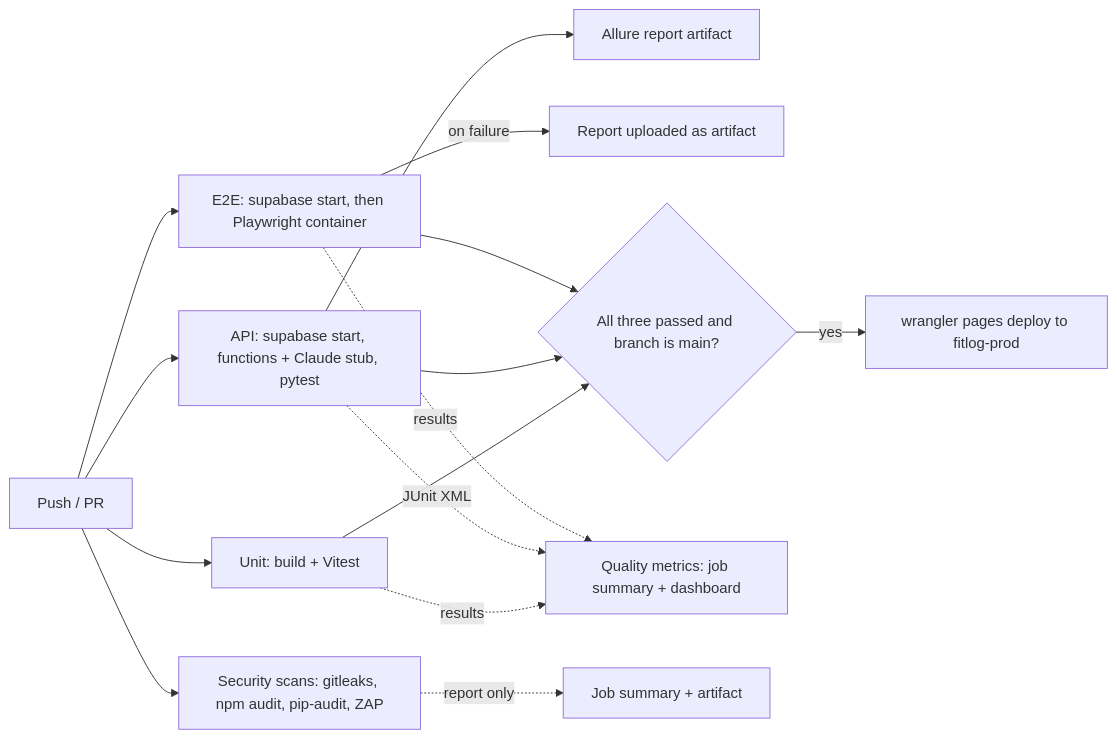
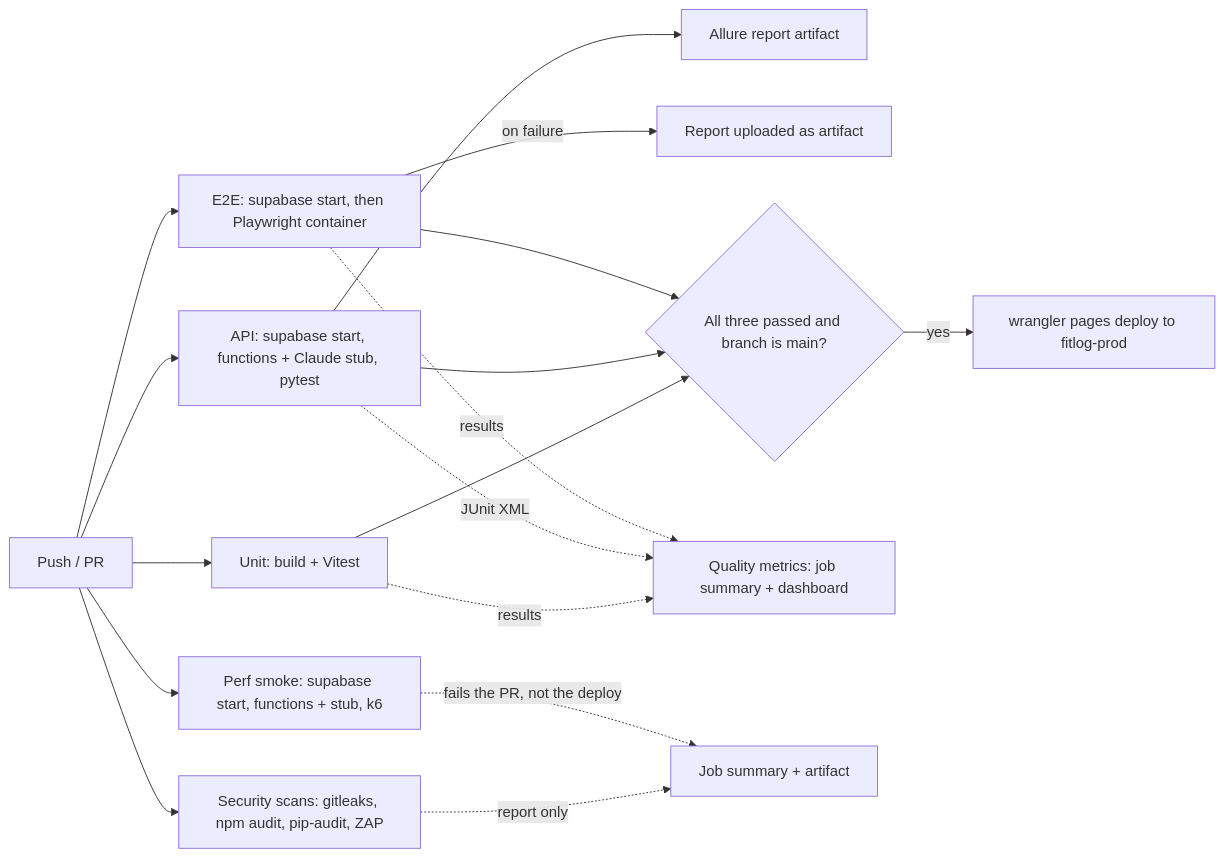
The second of 2 diagrams in README.md (kakaul94-prof/FitLog), drawn with Mermaid before and after one commit. The commit also changed other lines of this file and 1 other file, not shown here.

````diff
--- a/README.md
+++ b/README.md
@@ -113,17 +123,19 @@
 ```mermaid
 flowchart LR
   PUSH[Push / PR] --> UNIT[Unit: build + Vitest]
   PUSH --> API[API: supabase start, functions + Claude stub, pytest]
   PUSH --> E2E[E2E: supabase start, then Playwright container]
   PUSH --> SEC[Security scans: gitleaks, npm audit, pip-audit, ZAP]
+  PUSH --> PERF[Perf smoke: supabase start, functions + stub, k6]
   API --> ALLURE[Allure report artifact]
   E2E -- on failure --> ART[Report uploaded as artifact]
   UNIT --> GATE{All three passed and branch is main?}
   API --> GATE
   E2E --> GATE
   GATE -- yes --> DEPLOY[wrangler pages deploy to fitlog-prod]
   UNIT -. results .-> METRICS[Quality metrics: job summary + dashboard]
   API -. JUnit XML .-> METRICS
   E2E -. results .-> METRICS
   SEC -. report only .-> SUMMARY[Job summary + artifact]
+  PERF -. fails the PR, not the deploy .-> SUMMARY
 ```
````
